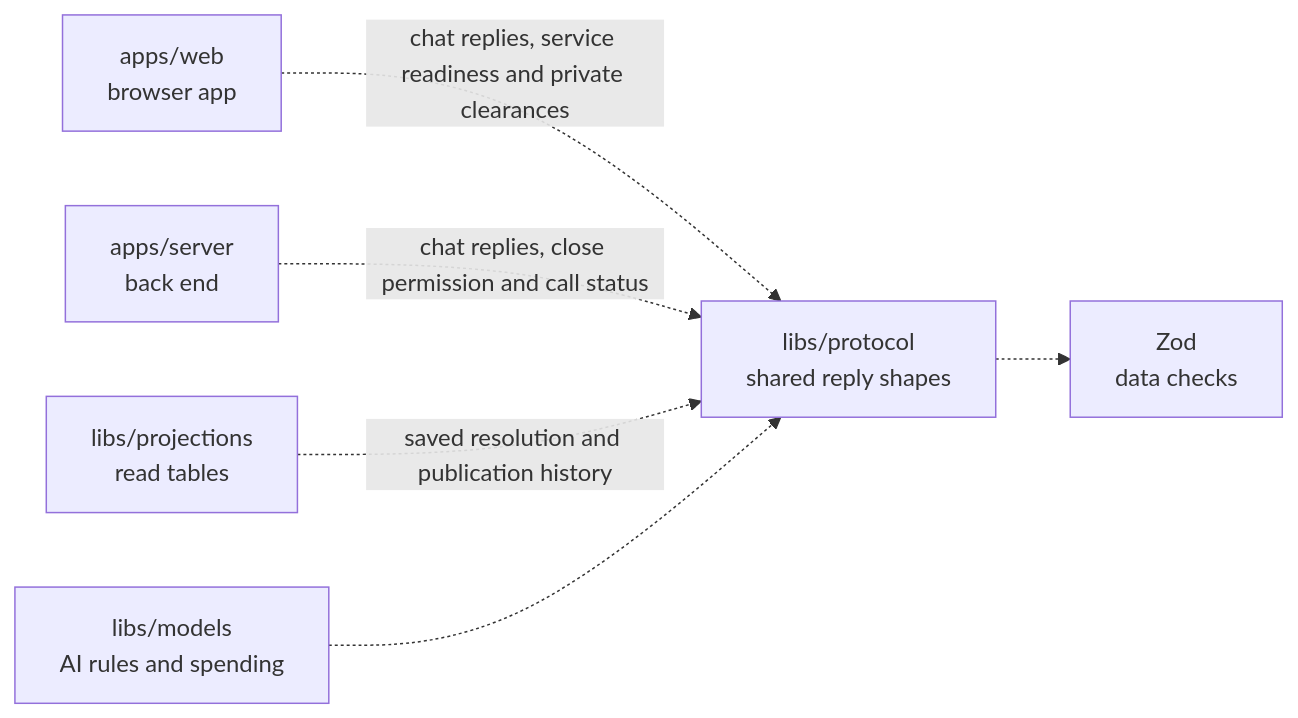
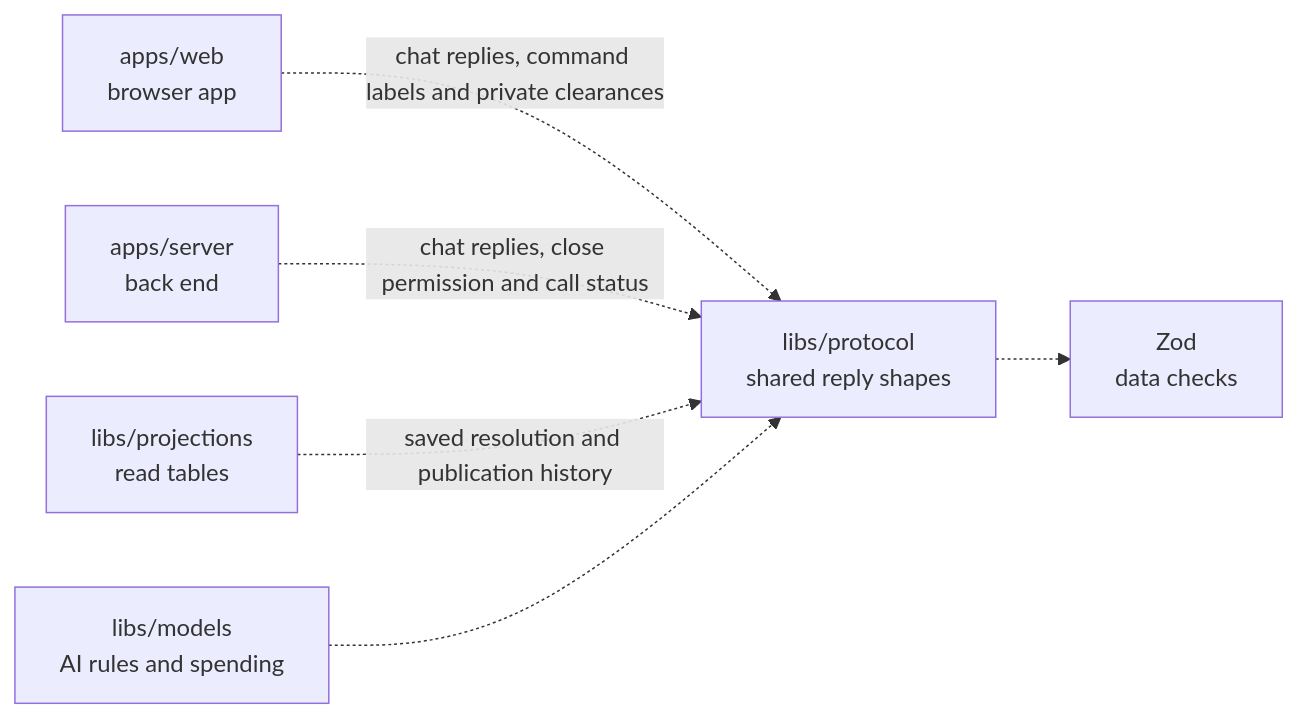
Before and after one commit to elewa-git/opencrane-new: the diagram in libs/protocol/README.md, drawn with Mermaid. The commit also changed other lines of this file and 45 other files, not shown here.

````diff
--- a/libs/protocol/README.md
+++ b/libs/protocol/README.md
@@ -40,8 +43,8 @@
 ```mermaid
 flowchart LR
-  web["apps/web<br/>browser app"] -.->|chat replies, service readiness and private clearances| protocol["libs/protocol<br/>shared reply shapes"]
+  web["apps/web<br/>browser app"] -.->|chat replies, command labels and private clearances| protocol["libs/protocol<br/>shared reply shapes"]
   server["apps/server<br/>back end"] -.->|chat replies, close permission and call status| protocol
   projections["libs/projections<br/>read tables"] -.->|saved resolution and publication history| protocol
   models["libs/models<br/>AI rules and spending"] -.-> protocol
   protocol -.-> zod["Zod<br/>data checks"]
 ```
````
